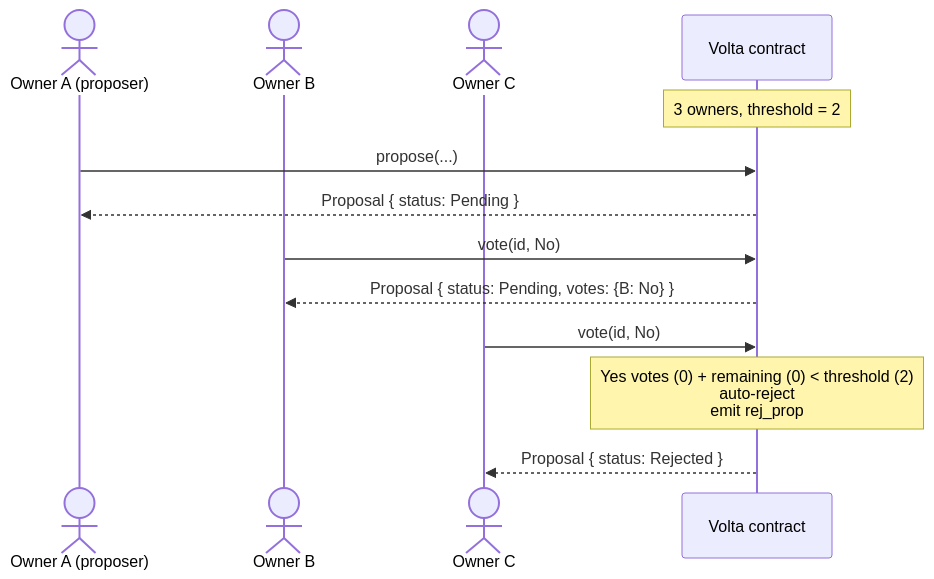
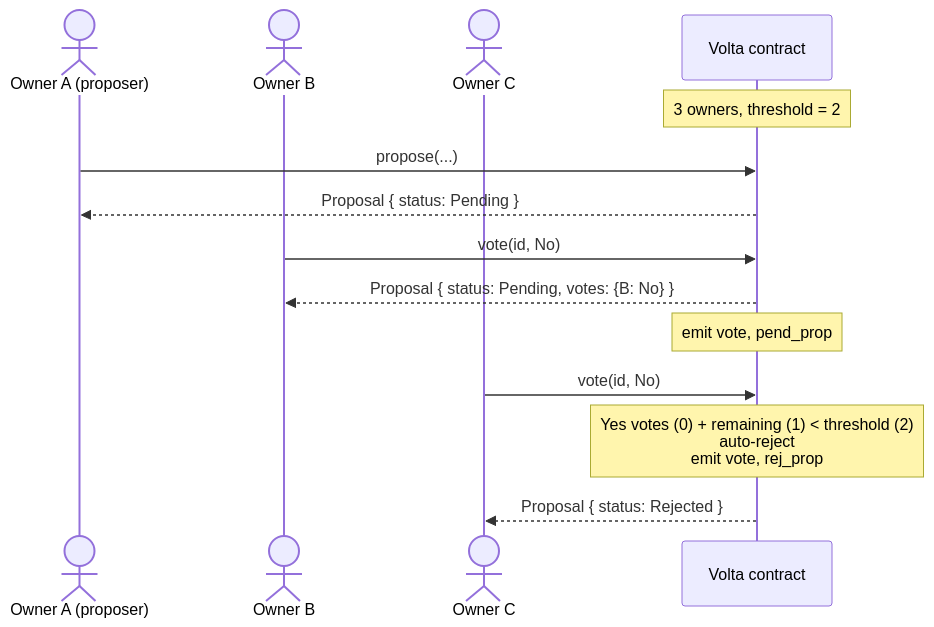
Before and after one commit to VoltaHQ/docs: the fourth of 4 diagrams in docs/stellar/index.md, drawn with Mermaid. The commit also changed other lines of this file and 1 other file, not shown here.

First line of the commit message:
Fix incorrect event emissions and math in Common Flows diagrams

````diff
--- a/docs/stellar/index.md
+++ b/docs/stellar/index.md
@@ -143,19 +143,20 @@
 ```mermaid
 sequenceDiagram
     actor A as Owner A (proposer)
     actor B as Owner B
     actor C as Owner C
     participant V as Volta contract
 
     Note over V: 3 owners, threshold = 2
 
     A->>V: propose(...)
     V-->>A: Proposal { status: Pending }
 
     B->>V: vote(id, No)
     V-->>B: Proposal { status: Pending, votes: {B: No} }
+    Note over V: emit vote, pend_prop
 
     C->>V: vote(id, No)
-    Note over V: Yes votes (0) + remaining (0) < threshold (2)<br/>auto-reject<br/>emit rej_prop
+    Note over V: Yes votes (0) + remaining (1) < threshold (2)<br/>auto-reject<br/>emit vote, rej_prop
     V-->>C: Proposal { status: Rejected }
 ```
````
